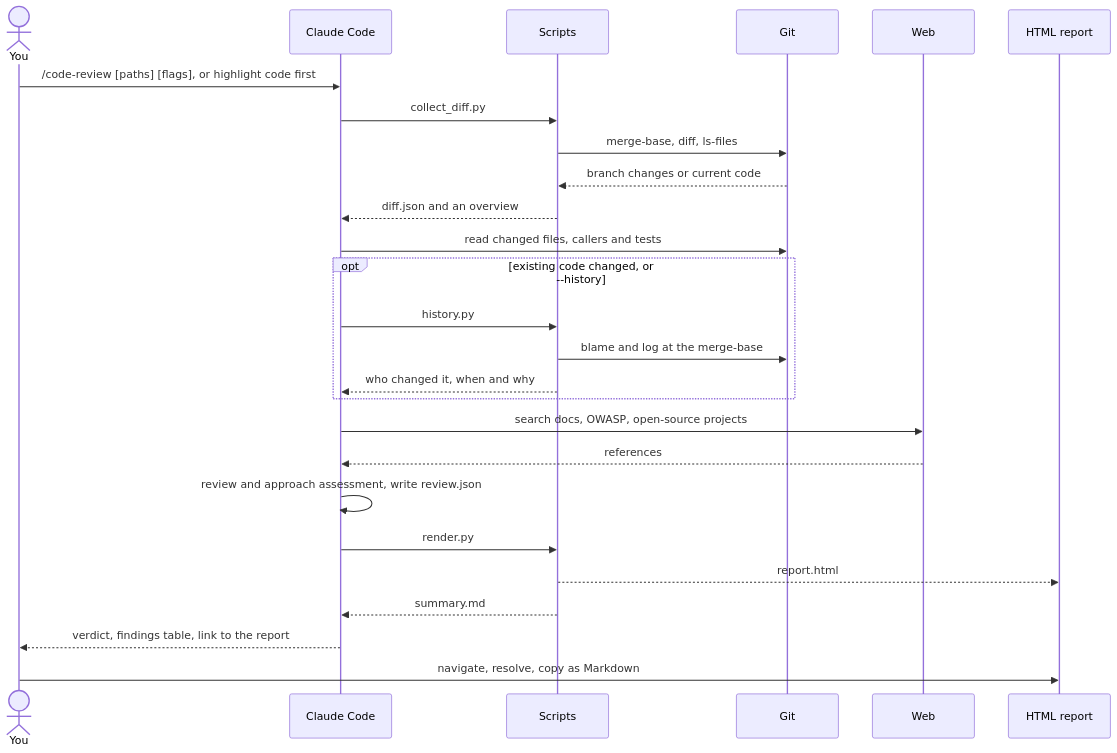
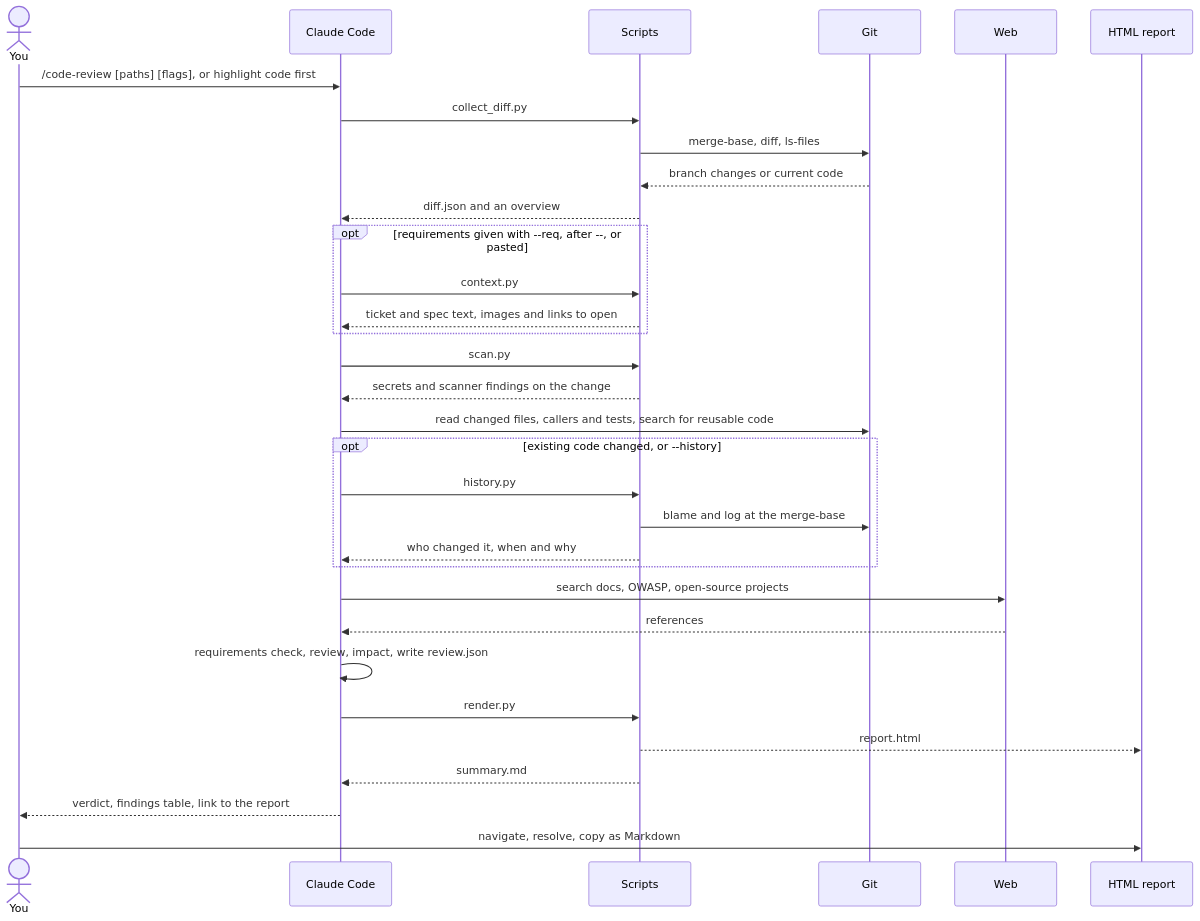
Before and after one commit to rewin0087/claude-code-review: the second of 2 diagrams in README.md, drawn with Mermaid. The commit also changed other lines of this file and 16 other files, not shown here.

````diff
--- a/README.md
+++ b/README.md
@@ -193,29 +219,35 @@
 ```mermaid
 sequenceDiagram
     actor You
     participant CC as Claude Code
     participant S as Scripts
     participant G as Git
     participant W as Web
     participant R as HTML report
 
     You->>CC: /code-review [paths] [flags], or highlight code first
     CC->>S: collect_diff.py
     S->>G: merge-base, diff, ls-files
     G-->>S: branch changes or current code
     S-->>CC: diff.json and an overview
-    CC->>G: read changed files, callers and tests
+    opt requirements given with --req, after --, or pasted
+        CC->>S: context.py
+        S-->>CC: ticket and spec text, images and links to open
+    end
+    CC->>S: scan.py
+    S-->>CC: secrets and scanner findings on the change
+    CC->>G: read changed files, callers and tests, search for reusable code
     opt existing code changed, or --history
         CC->>S: history.py
         S->>G: blame and log at the merge-base
         S-->>CC: who changed it, when and why
     end
     CC->>W: search docs, OWASP, open-source projects
     W-->>CC: references
-    CC->>CC: review and approach assessment, write review.json
+    CC->>CC: requirements check, review, impact, write review.json
     CC->>S: render.py
     S-->>R: report.html
     S-->>CC: summary.md
     CC-->>You: verdict, findings table, link to the report
     You->>R: navigate, resolve, copy as Markdown
 ```
````
